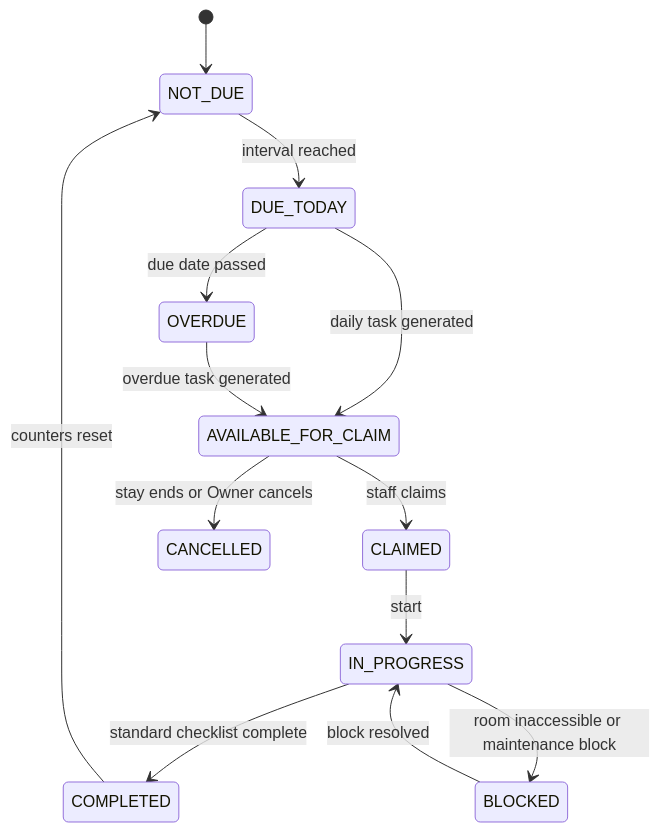
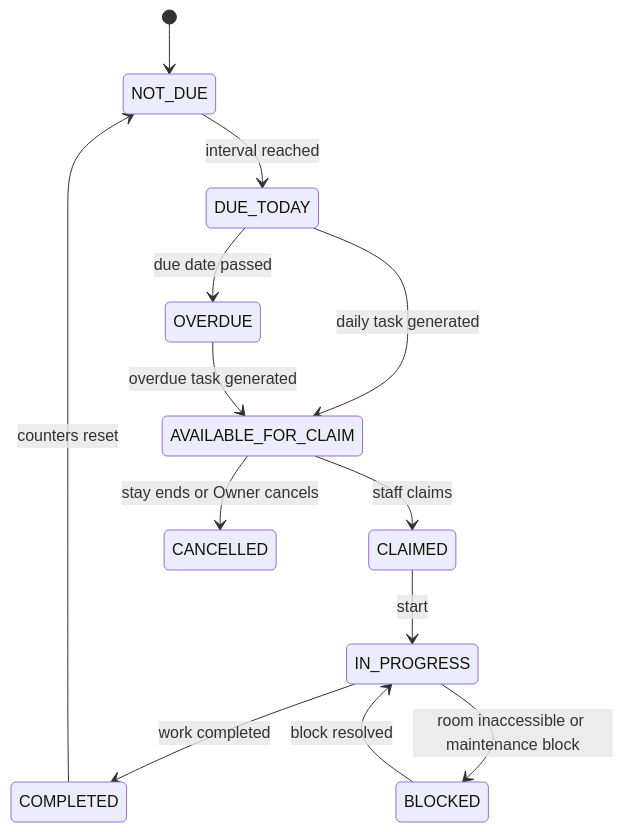
The second of 7 diagrams in documentation/architecture/HOUSEKEEPING_ARCHITECTURE.md (vanaraadmin/vanara-central), drawn with Mermaid before and after one commit. The commit also changed other lines of this file and 31 other files, not shown here.

````diff
--- a/documentation/architecture/HOUSEKEEPING_ARCHITECTURE.md
+++ b/documentation/architecture/HOUSEKEEPING_ARCHITECTURE.md
@@ -625,15 +587,15 @@
 ```mermaid
 stateDiagram-v2
     [*] --> NOT_DUE
     NOT_DUE --> DUE_TODAY: interval reached
     DUE_TODAY --> OVERDUE: due date passed
     DUE_TODAY --> AVAILABLE_FOR_CLAIM: daily task generated
     OVERDUE --> AVAILABLE_FOR_CLAIM: overdue task generated
     AVAILABLE_FOR_CLAIM --> CLAIMED: staff claims
     CLAIMED --> IN_PROGRESS: start
-    IN_PROGRESS --> COMPLETED: standard checklist complete
+    IN_PROGRESS --> COMPLETED: work completed
     COMPLETED --> NOT_DUE: counters reset
     AVAILABLE_FOR_CLAIM --> CANCELLED: stay ends or Owner cancels
     IN_PROGRESS --> BLOCKED: room inaccessible or maintenance block
     BLOCKED --> IN_PROGRESS: block resolved
 ```
````
